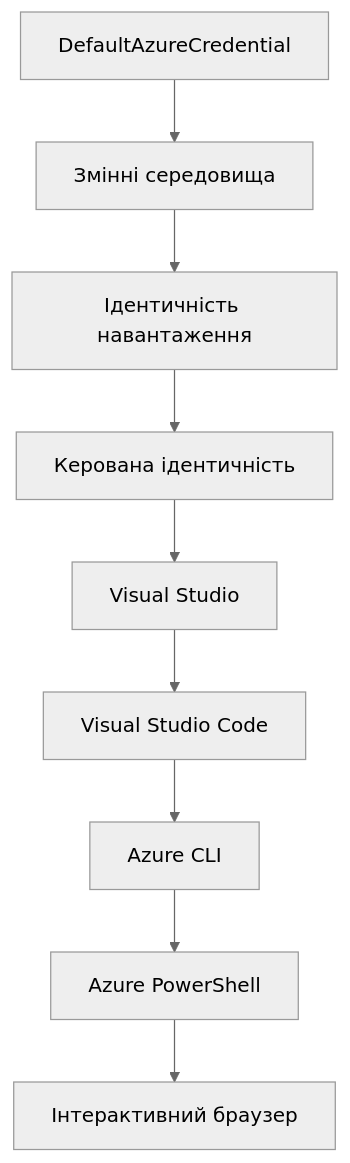
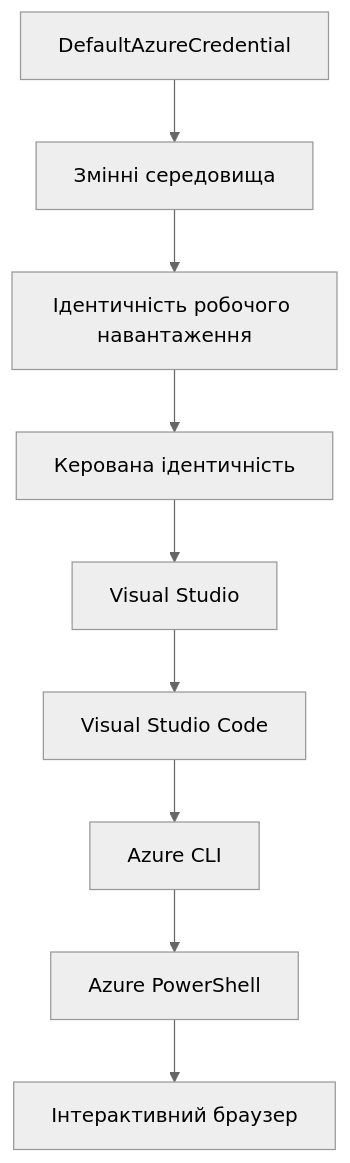
One commit to microsoft/AZD-for-beginners changed the second of 2 diagrams in translations/uk/docs/chapter-01-foundation/azd-basics.md. Above: the diagram before and after it, drawn with Mermaid (neutral theme). The commit also changed other lines of this file and 101 other files, not shown here.

````diff
--- a/translations/uk/docs/chapter-01-foundation/azd-basics.md
+++ b/translations/uk/docs/chapter-01-foundation/azd-basics.md
@@ -592,11 +591,11 @@
 ```mermaid
 graph TD
     A[DefaultAzureCredential] --> B[Змінні середовища]
-    B --> C[Ідентичність навантаження]
+    B --> C[Ідентичність робочого навантаження]
     C --> D[Керована ідентичність]
     D --> E[Visual Studio]
     E --> F[Visual Studio Code]
     F --> G[Azure CLI]
     G --> H[Azure PowerShell]
     H --> I[Інтерактивний браузер]
 ```
````
